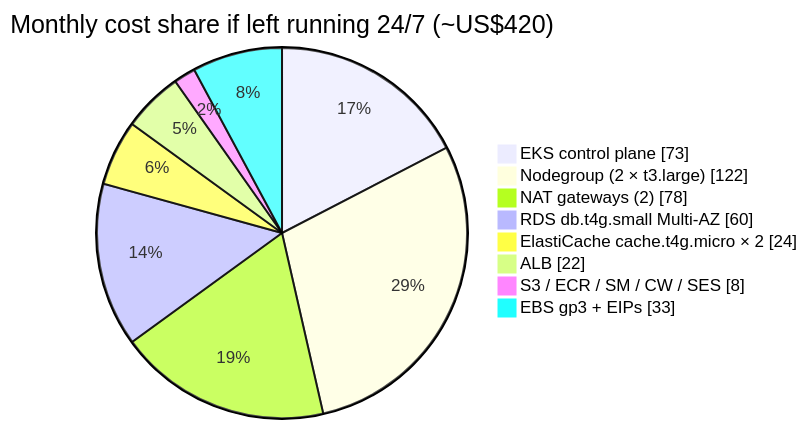
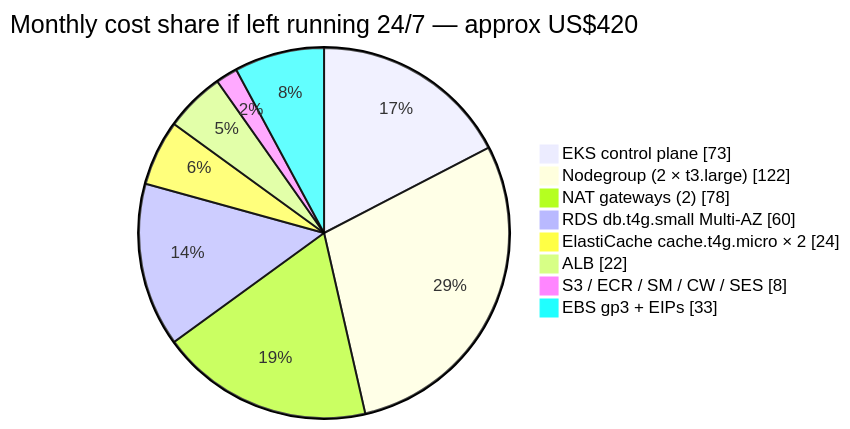
The eighth of 9 diagrams in README.md (shirasakaren/infra-chatwoot), drawn with Mermaid before and after one commit. The commit also changed other lines of this file, not shown here.

````diff
--- a/README.md
+++ b/README.md
@@ -558,12 +558,12 @@
 ```mermaid
 pie showData
-    title  Monthly cost share if left running 24/7 (~US$420)
+    title Monthly cost share if left running 24/7 — approx US$420
     "EKS control plane"   : 73
     "Nodegroup (2 × t3.large)" : 122
     "NAT gateways (2)"    : 78
     "RDS db.t4g.small Multi-AZ" : 60
     "ElastiCache cache.t4g.micro × 2" : 24
     "ALB"                 : 22
     "S3 / ECR / SM / CW / SES" : 8
     "EBS gp3 + EIPs"      : 33
 ```
````
